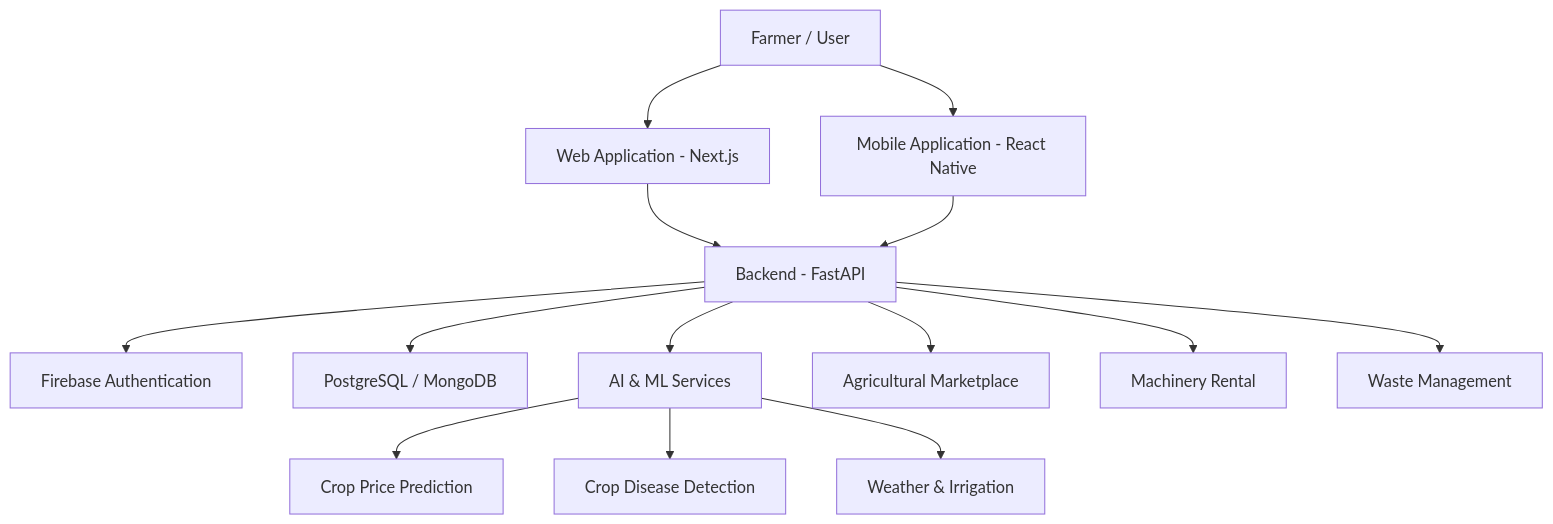
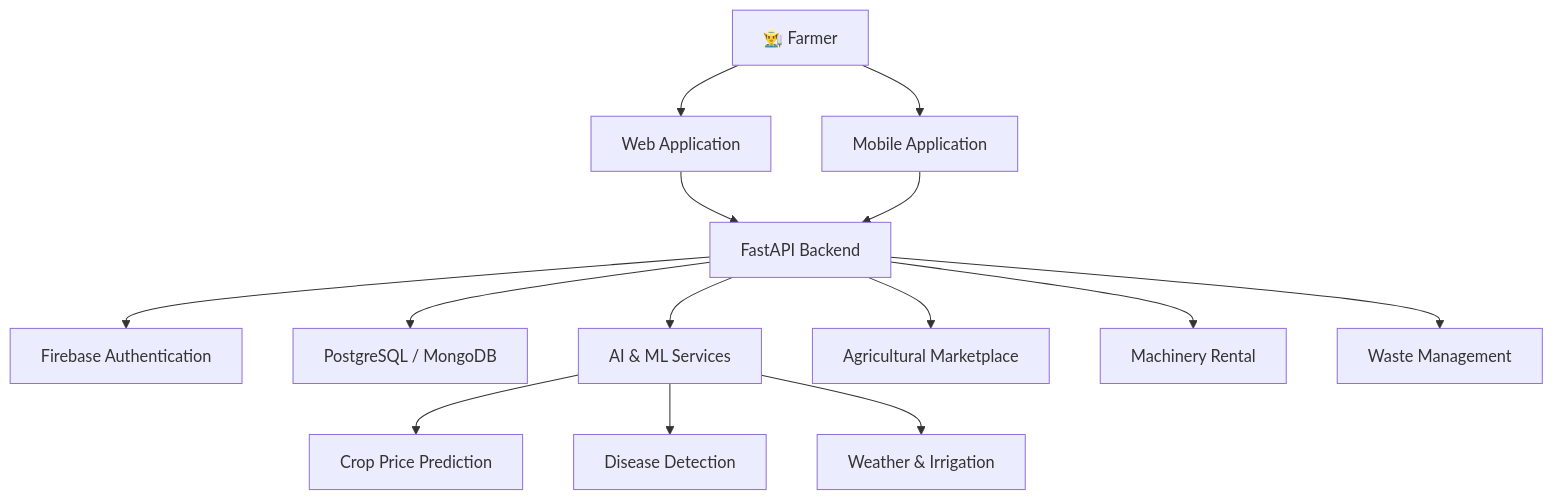
Before and after one commit to Haarishcsbs016/Pasumai_agri: the diagram in README.md, drawn with Mermaid. The commit also changed other lines of this file, not shown here.

````diff
--- a/README.md
+++ b/README.md
@@ -115,21 +173,21 @@
 ```mermaid
 flowchart TD
-    A[Farmer / User] --> B[Web Application - Next.js]
-    A --> C[Mobile Application - React Native]
+    A["👨‍🌾 Farmer"] --> B["Web Application"]
+    A --> C["Mobile Application"]
 
-    B --> D[Backend - FastAPI]
+    B --> D["FastAPI Backend"]
     C --> D
 
-    D --> E[Firebase Authentication]
-    D --> F[PostgreSQL / MongoDB]
+    D --> E["Firebase Authentication"]
+    D --> F["PostgreSQL / MongoDB"]
 
-    D --> G[AI & ML Services]
+    D --> G["AI & ML Services"]
 
-    G --> H[Crop Price Prediction]
-    G --> I[Crop Disease Detection]
-    G --> J[Weather & Irrigation]
+    G --> H["Crop Price Prediction"]
+    G --> I["Disease Detection"]
+    G --> J["Weather & Irrigation"]
 
-    D --> K[Agricultural Marketplace]
-    D --> L[Machinery Rental]
-    D --> M[Waste Management]
+    D --> K["Agricultural Marketplace"]
+    D --> L["Machinery Rental"]
+    D --> M["Waste Management"]
 ```
````
